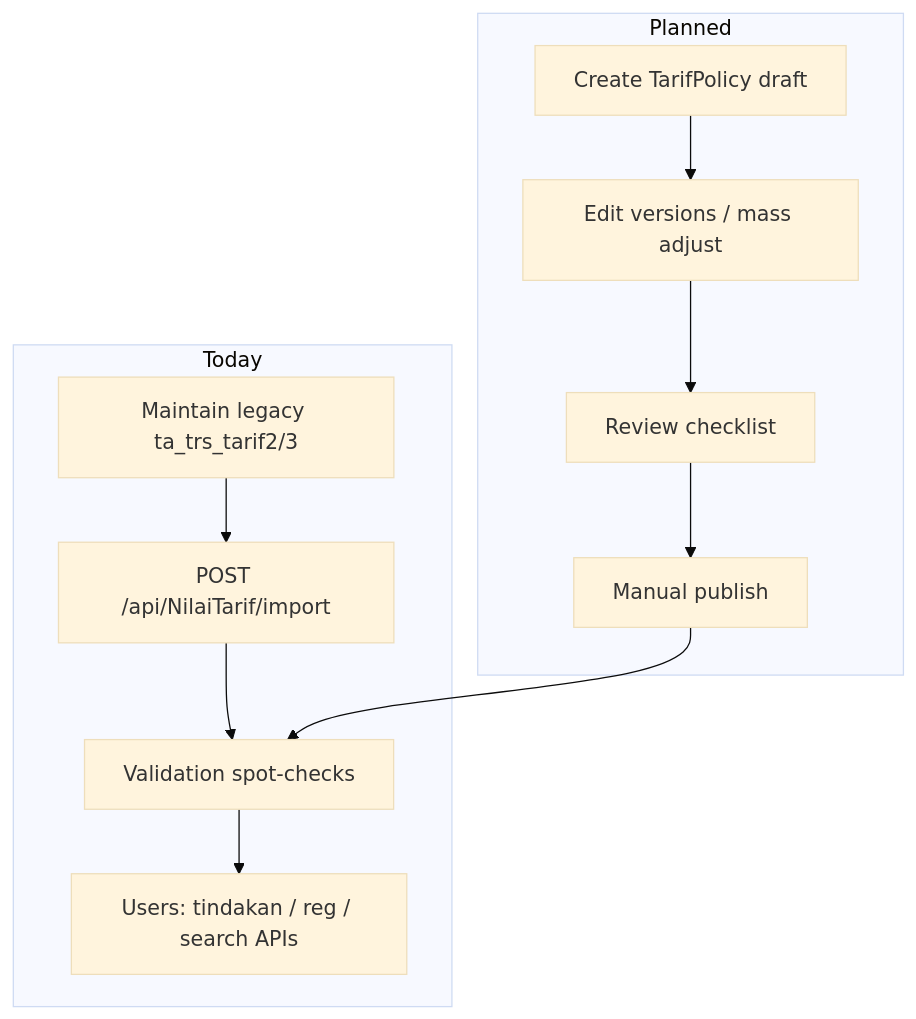
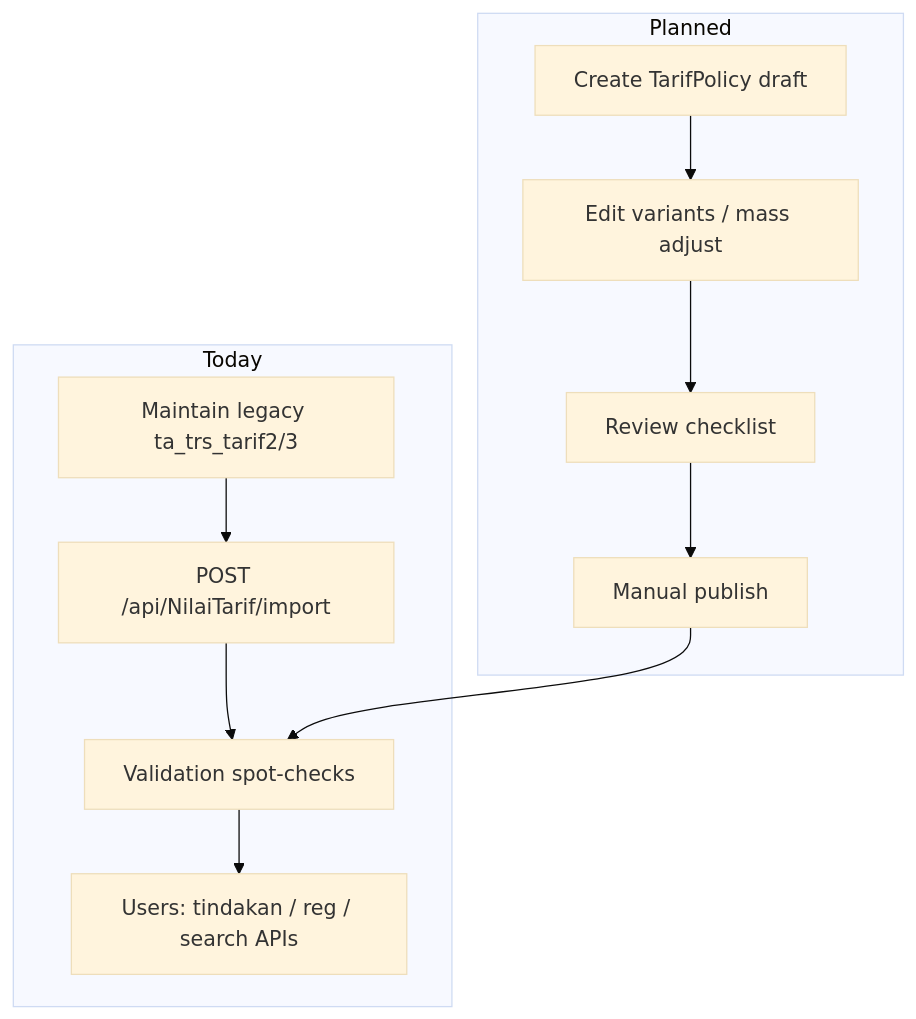
Before and after one commit to smart-ics/b09-bilreg-api: the diagram in docs/contexts/tarif/tarif-05-runbook.md, drawn with Mermaid (base theme). The commit also changed other lines of this file and 23 other files, not shown here.

````diff
--- a/docs/contexts/tarif/tarif-05-runbook.md
+++ b/docs/contexts/tarif/tarif-05-runbook.md
@@ -21,17 +21,17 @@
 ```mermaid
 flowchart TD
     subgraph daily [Today]
         M[Maintain legacy ta_trs_tarif2/3]
         M --> I[POST /api/NilaiTarif/import]
         I --> V[Validation spot-checks]
         V --> U[Users: tindakan / reg / search APIs]
     end
 
     subgraph future [Planned]
         D[Create TarifPolicy draft]
-        D --> E[Edit versions / mass adjust]
+        D --> E[Edit variants / mass adjust]
         E --> R[Review checklist]
         R --> P[Manual publish]
         P --> V
     end
 ```
````
